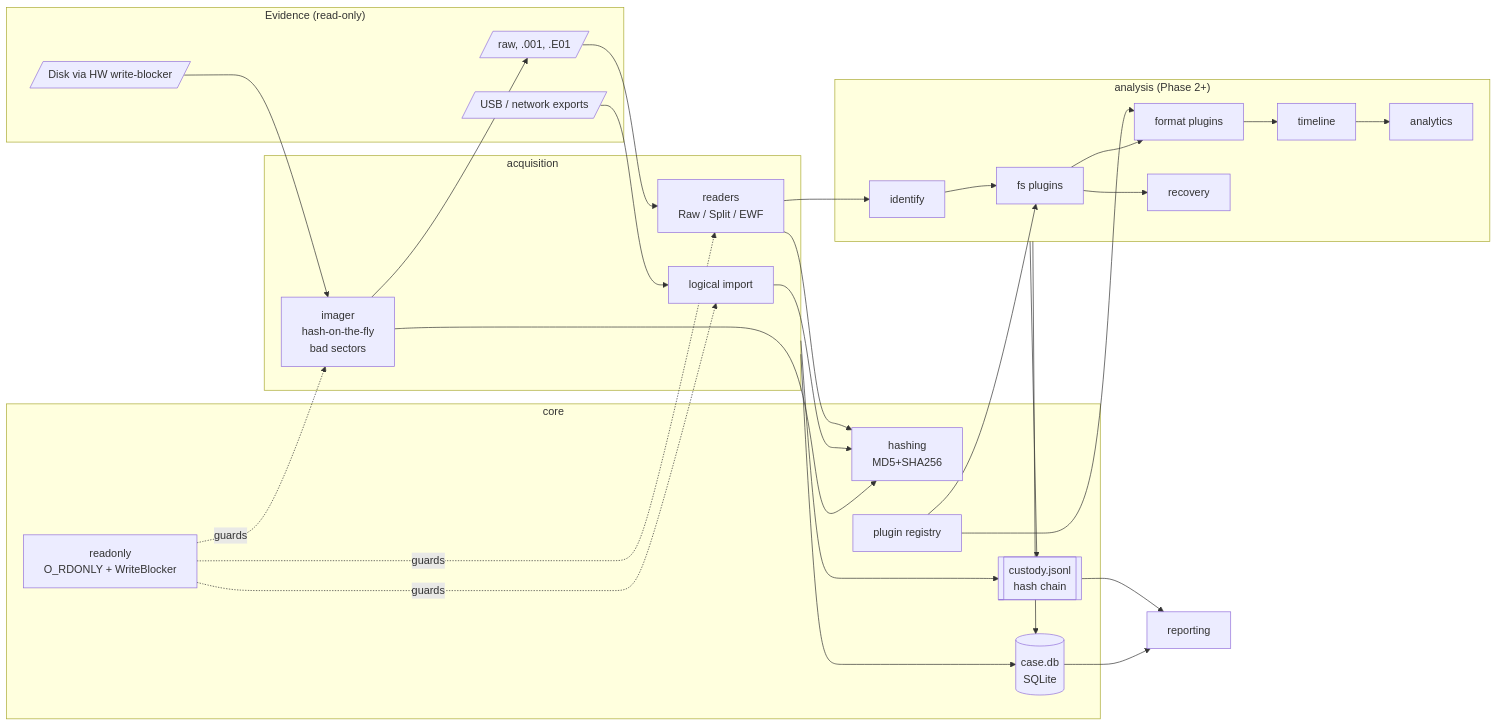
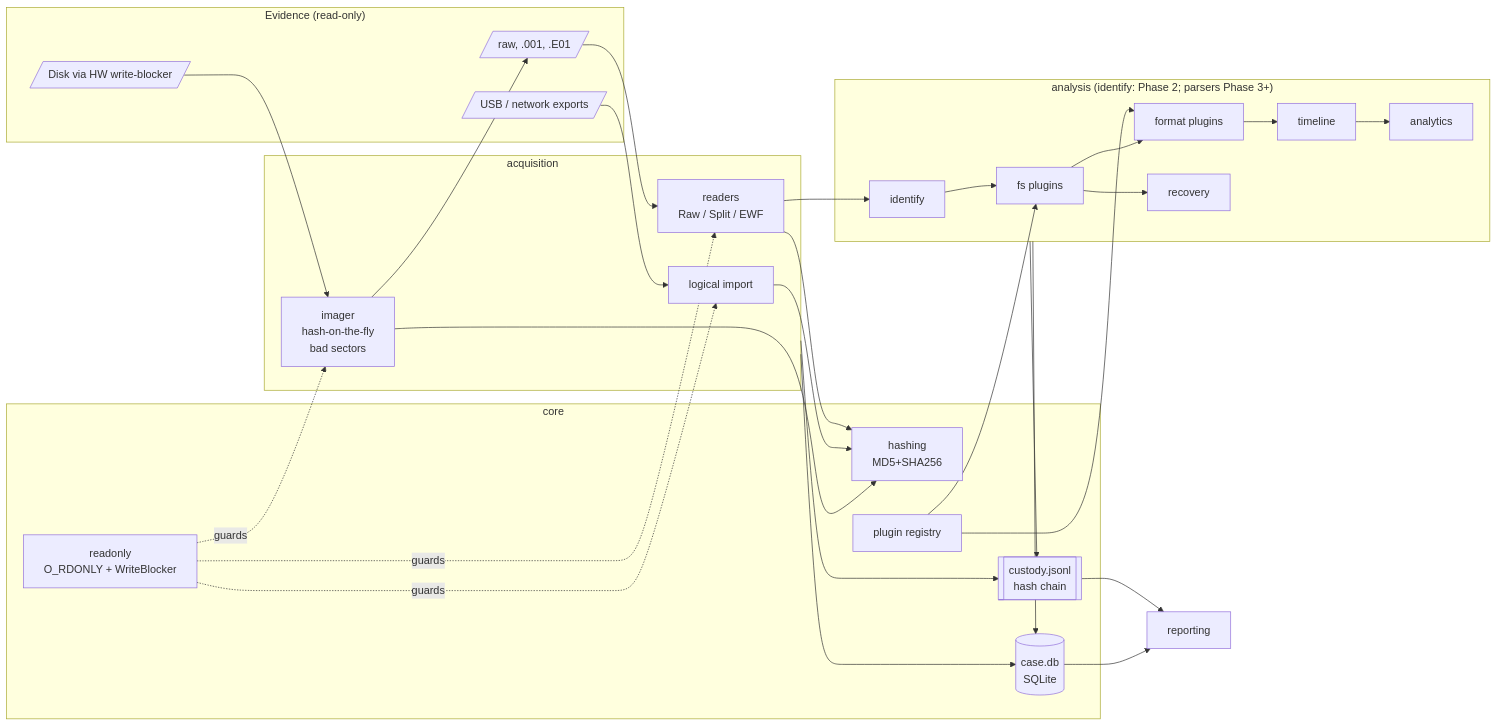
One commit to laxmibagodi/ForensiDVR changed the first of 2 diagrams in docs/architecture.md. Above: the diagram before and after it, drawn with Mermaid. The commit also changed other lines of this file and 4 other files, not shown here.

````diff
--- a/docs/architecture.md
+++ b/docs/architecture.md
@@ -41,35 +41,35 @@
 ```mermaid
 flowchart LR
   subgraph Evidence["Evidence (read-only)"]
     DEV[/Disk via HW write-blocker/]
     IMG[/raw, .001, .E01/]
     EXP[/USB / network exports/]
   end
   subgraph Acq[acquisition]
     IMGR[imager<br/>hash-on-the-fly<br/>bad sectors]
     RDR[readers<br/>Raw / Split / EWF]
     LOG[logical import]
   end
   subgraph Core[core]
     CASE[(case.db<br/>SQLite)]
     CUST[[custody.jsonl<br/>hash chain]]
     HASH[hashing<br/>MD5+SHA256]
     RO[readonly<br/>O_RDONLY + WriteBlocker]
     PLUG[plugin registry]
   end
-  subgraph Analysis["analysis (Phase 2+)"]
+  subgraph Analysis["analysis (identify: Phase 2; parsers Phase 3+)"]
     ID[identify] --> FS[fs plugins] --> FMT[format plugins]
     FS --> REC[recovery]
     FMT --> TL[timeline] --> AN[analytics]
   end
   DEV --> IMGR --> IMG
   IMG --> RDR
   EXP --> LOG
   RDR --> ID
   PLUG --> FS & FMT
   IMGR & LOG & RDR --> HASH
   RO -.guards.-> RDR & IMGR & LOG
   Acq & Analysis --> CASE & CUST
   CASE --> REP[reporting]
   CUST --> REP
 ```
````
